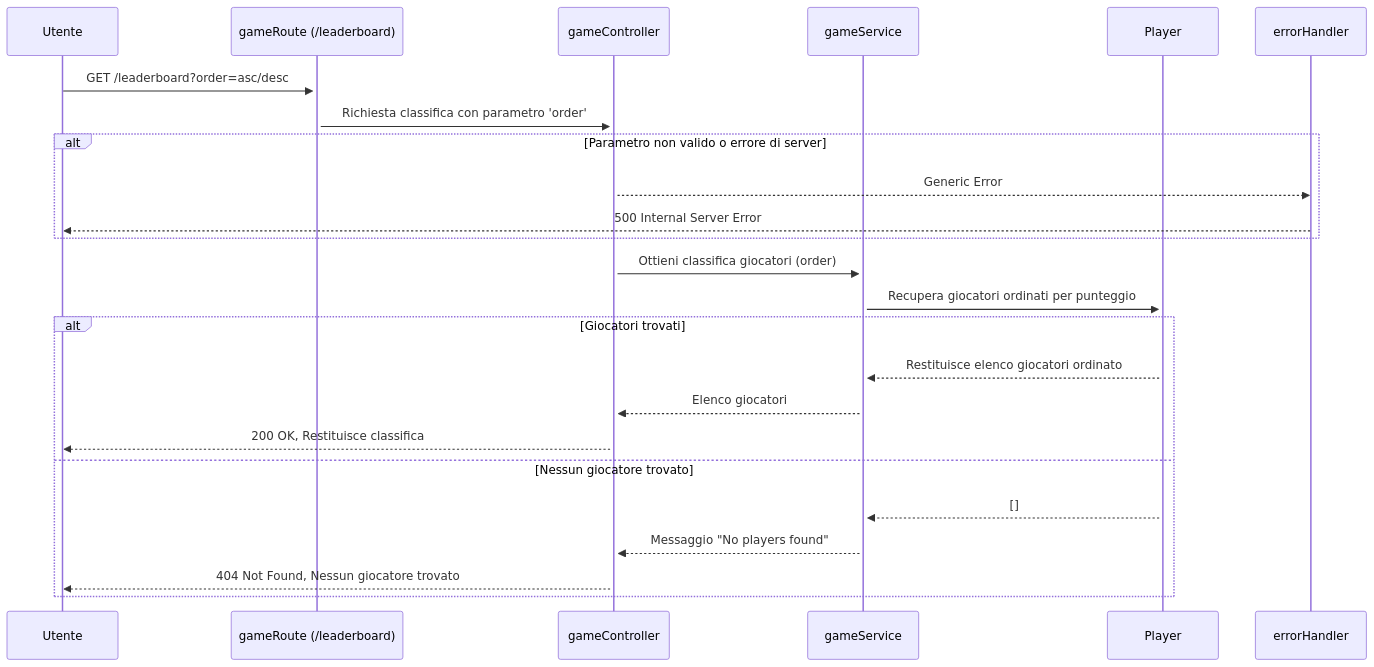
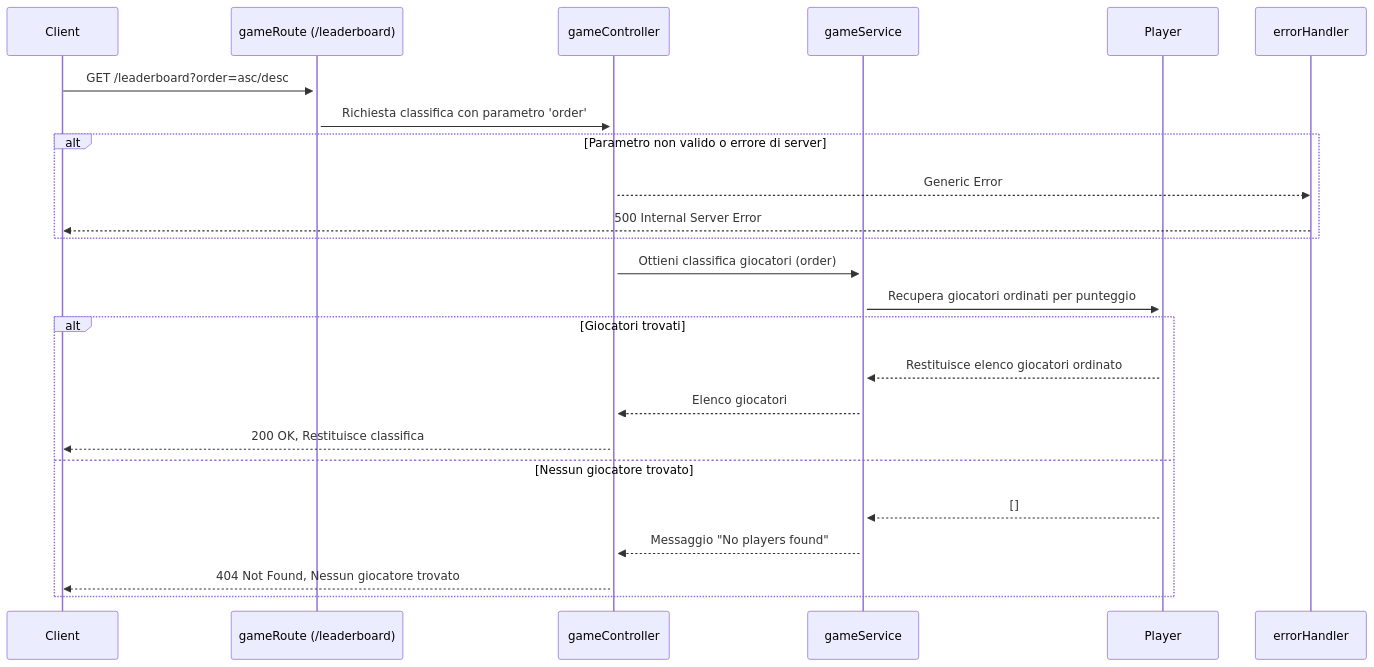
Before and after one commit to AndreaMarini01/progetto_PA: the tenth of 12 diagrams in README.md, drawn with Mermaid. The commit also changed other lines of this file, not shown here.

Commit message:
Revisione README fino a diagramma ER

````diff
--- a/README.md
+++ b/README.md
@@ -652,31 +666,31 @@
 ```mermaid
 sequenceDiagram
-    participant User as Utente
+    participant Client
     participant GameRoute as gameRoute (/leaderboard)
     participant Controller as gameController
     participant Service as gameService
     participant Model as Player
     participant ErrorHandler as errorHandler
 
-    User->>+GameRoute: GET /leaderboard?order=asc/desc
+    Client->>+GameRoute: GET /leaderboard?order=asc/desc
     GameRoute->>+Controller: Richiesta classifica con parametro 'order'
 
     alt Parametro non valido o errore di server
         Controller-->>ErrorHandler: Generic Error
-        ErrorHandler-->>User: 500 Internal Server Error
+        ErrorHandler-->>Client: 500 Internal Server Error
     end
 
     Controller->>+Service: Ottieni classifica giocatori (order)
     Service->>+Model: Recupera giocatori ordinati per punteggio
 
     alt Giocatori trovati
         Model-->>Service: Restituisce elenco giocatori ordinato
         Service-->>Controller: Elenco giocatori
-        Controller-->>User: 200 OK, Restituisce classifica
+        Controller-->>Client: 200 OK, Restituisce classifica
     else Nessun giocatore trovato
         Model-->>Service: []
         Service-->>Controller: Messaggio "No players found"
-        Controller-->>User: 404 Not Found, Nessun giocatore trovato
+        Controller-->>Client: 404 Not Found, Nessun giocatore trovato
     end
 
 ```
````
